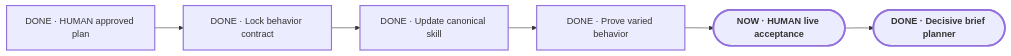
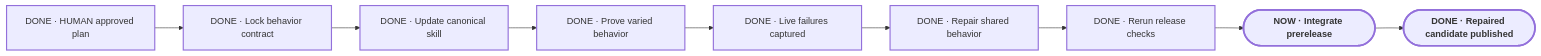
One commit to Pu11en/portable-planner changed the diagram in planning/PLAN-VIEW.md. Above: the diagram before and after it, drawn with Mermaid. The commit also changed other lines of this file and 28 other files, not shown here.

````diff
--- a/planning/PLAN-VIEW.md
+++ b/planning/PLAN-VIEW.md
@@ -13,18 +13,21 @@
 ```mermaid
 flowchart LR
     H["DONE · HUMAN approved plan"]
     E1["DONE · Lock behavior contract"]
     E2["DONE · Update canonical skill"]
     E3["DONE · Prove varied behavior"]
-    E4(["NOW · HUMAN live acceptance"])
-    D(["DONE · Decisive brief planner"])
-    H --> E1 --> E2 --> E3 --> E4 --> D
+    E4["DONE · Live failures captured"]
+    E5["DONE · Repair shared behavior"]
+    E6["DONE · Rerun release checks"]
+    E7(["NOW · Integrate prerelease"])
+    D(["DONE · Repaired candidate published"])
+    H --> E1 --> E2 --> E3 --> E4 --> E5 --> E6 --> E7 --> D
 
     classDef current stroke-width:3px,font-weight:700;
     classDef milestone stroke-width:2px;
     classDef proof stroke-width:3px,font-weight:700;
 
-    class E4 current;
-    class H,E1,E2,E3 milestone;
+    class E7 current;
+    class H,E1,E2,E3,E4,E5,E6 milestone;
     class D proof;
 ```
````
